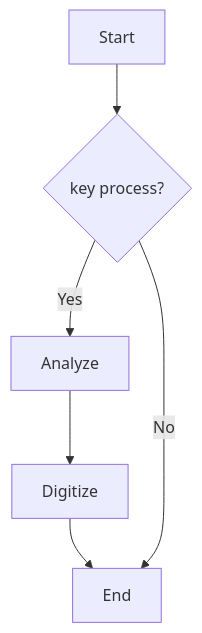
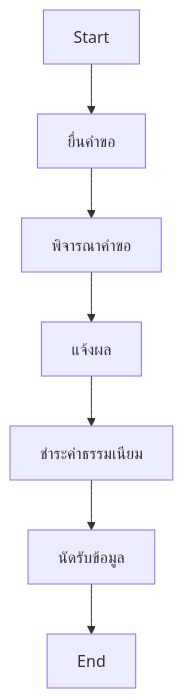
The diagram in README.md (Kietpawpan/developer), drawn with Mermaid before and after one commit. The commit also changed other lines of this file, not shown here.

````diff
--- a/README.md
+++ b/README.md
@@ -26,8 +26,9 @@
 ```mermaid
 flowchart TD
-    A[Start] --> B{key process?}
-    B -->|Yes| C[Analyze]
-    C --> D[Digitize]
-    D --> E[End]
-    B ---->|No| E[End]
+    A[Start] --> B[ยื่นคำขอ]
+    B --> C[พิจารณาคำขอ]
+C-->D[แจ้งผล]
+D-->E[ชำระค่าธรรมเนียม]
+E-->F[นัดรับข้อมูล]
+F-->G[End]
 ```
````
